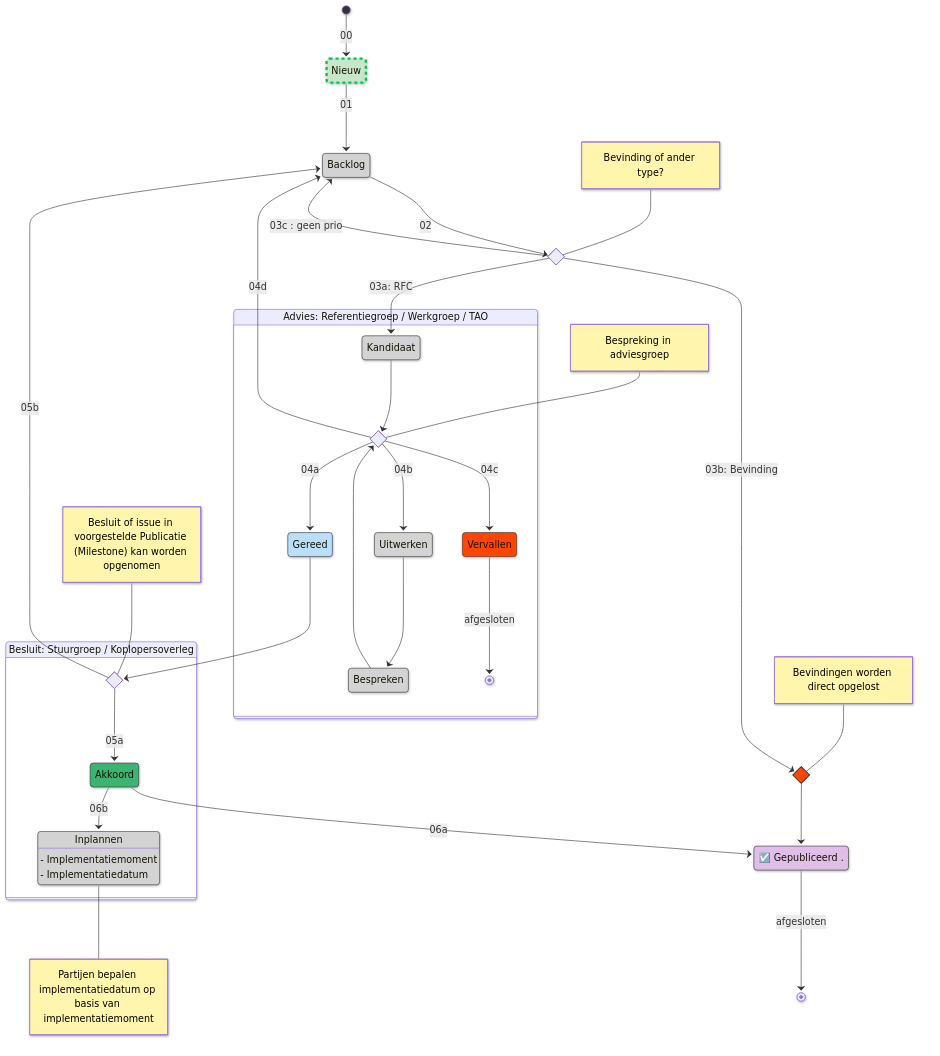
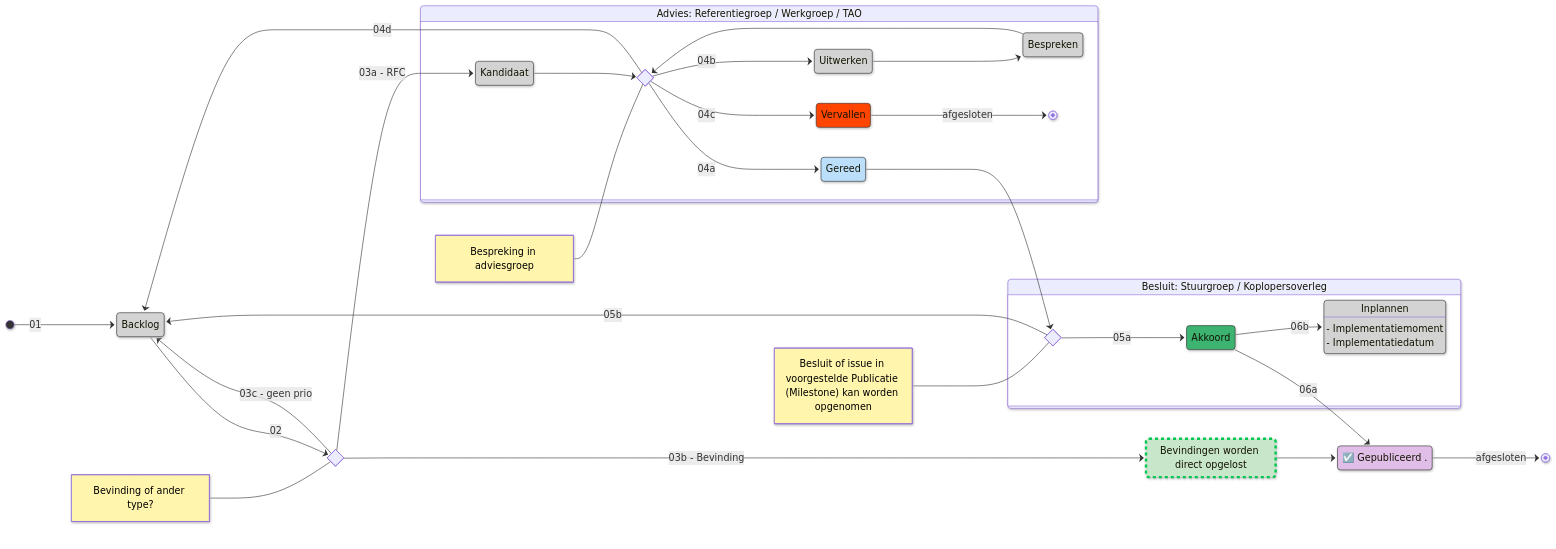
One commit to iStandaarden/iWlz_RequestForChange changed the diagram in README.md. Above: the diagram before and after it, drawn with Mermaid.

````diff
--- a/README.md
+++ b/README.md
@@ -10,25 +10,23 @@
 ```mermaid
 ---
 config:
-  theme: default
-  look: neo
+    theme: default
+    look: neo
+
 ---
 stateDiagram-v2
-    [*] --> nieuw : 00
+direction LR
+    [*] --> backlog:01
 
-    state "Nieuw" as nieuw
     state "Backlog" as backlog
-
     state grpchoice <<choice>>
     note left of grpchoice : Bevinding of ander type?
 
-    state bevinding <<choice>>
-    note left of bevinding : Bevindingen worden direct opgelost
+    bevinding: Bevindingen worden direct opgelost
 
-    nieuw --> backlog : 01
     backlog --> grpchoice : 02
-    grpchoice --> bevinding : 03b: Bevinding
-    grpchoice --> backlog: 03c : geen prio
+    grpchoice --> bevinding : 03b - Bevinding
+    grpchoice --> backlog: 03c - geen prio
 
     state "Advies: Referentiegroep / Werkgroep / TAO" as adviesgrp {
         state "Kandidaat" as kandidaat
@@ -47,13 +45,13 @@
         refgrp --> gereed : 04a
         refgrp --> uitwerken : 04b
         refgrp --> vervallen : 04c
-     
+
         vervallen --> [*] : afgesloten
     }
 
     state besluit <<choice>> 
     note left of besluit : Besluit of issue in voorgestelde Publicatie (Milestone) kan worden opgenomen
-        grpchoice --> kandidaat : 03a: RFC
+        grpchoice --> kandidaat : 03a - RFC
         refgrp --> backlog : 04d
         gereed --> besluit
         besluit --> backlog : 05b
@@ -67,7 +65,6 @@
         inplannen: Inplannen
         inplannen: - Implementatiemoment
         inplannen: - Implementatiedatum
-        note right of inplannen : Partijen bepalen implementatiedatum op basis van implementatiemoment
     }
 
     bevinding --> gepubliceerd
@@ -82,7 +79,7 @@
     classDef purple fill:#E1BEE7,stroke:#333
     classDef blue fill:#BBDEFB,stroke:#333
     
-    class nieuw dash_lightgreen
+    class bevinding dash_lightgreen
     class backlog grey
     class kandidaat grey
     class uitwerken grey
@@ -92,6 +89,5 @@
     class akkoord green
     class gepubliceerd purple
     class inplannen grey   
-    class bevinding red
 
 ```
````
